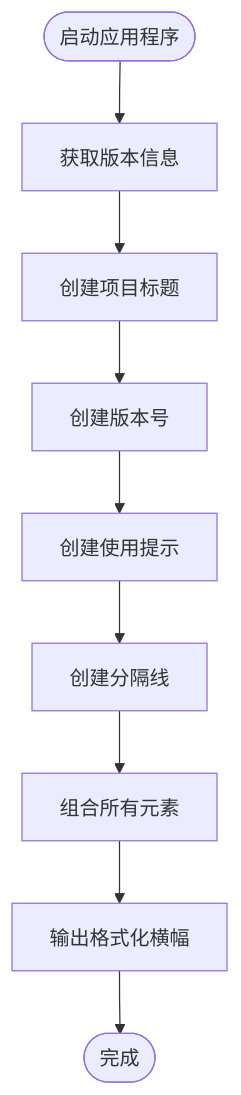
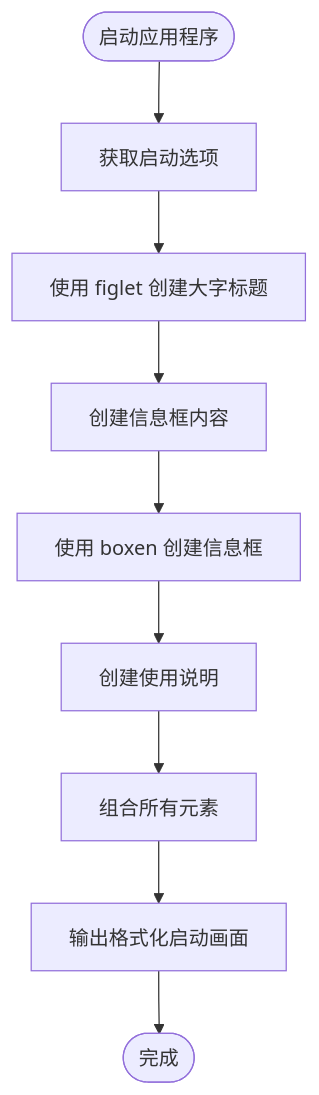
The fifth of 7 diagrams in .qoder/repowiki/zh/content/核心代理系统/样式系统.md (HAOFUYANG/onion-code), drawn with Mermaid before and after one commit. The commit also changed other lines of this file and 3 other files, not shown here.

````diff
--- a/.qoder/repowiki/zh/content/核心代理系统/样式系统.md
+++ b/.qoder/repowiki/zh/content/核心代理系统/样式系统.md
@@ -228,11 +245,11 @@
 ```mermaid
 flowchart TD
-Start([启动应用程序]) --> GetVersion[获取版本信息]
-GetVersion --> CreateTitle[创建项目标题]
-CreateTitle --> CreateVersion[创建版本号]
-CreateVersion --> CreateHint[创建使用提示]
-CreateHint --> CreateSeparator[创建分隔线]
-CreateSeparator --> Combine[组合所有元素]
-Combine --> Output[输出格式化横幅]
+Start([启动应用程序]) --> GetOptions[获取启动选项]
+GetOptions --> CreateBigName[使用 figlet 创建大字标题]
+CreateBigName --> CreateBoxContent[创建信息框内容]
+CreateBoxContent --> CreateInfoBox[使用 boxen 创建信息框]
+CreateInfoBox --> CreateUsage[创建使用说明]
+CreateUsage --> Combine[组合所有元素]
+Combine --> Output[输出格式化启动画面]
 Output --> End([完成])
 ```
````
